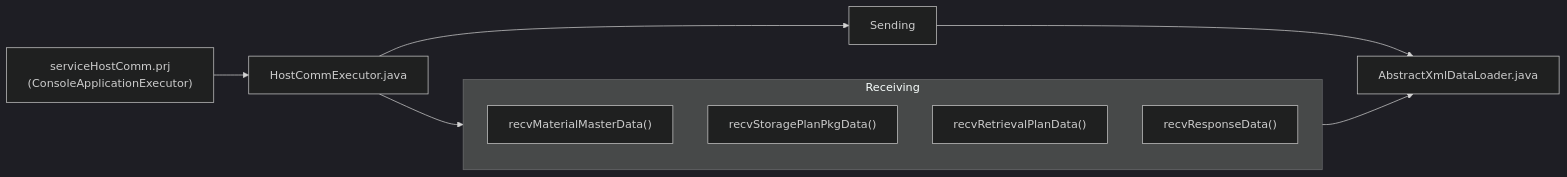
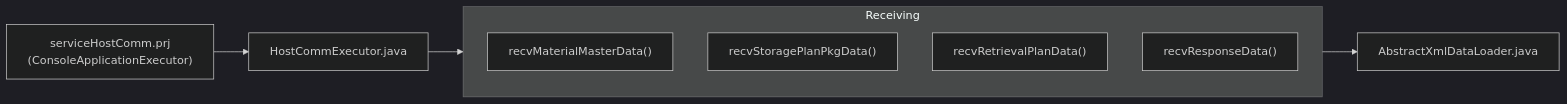
The first of 9 diagrams in Basic-Design/Host-Interfaces/Receive-Method.md (luthfiadityaa/SimeDarby-Wiki), drawn with Mermaid (dark theme) before and after one commit.

Commit message:
Updated Receive Method

```diff
--- a/Basic-Design/Host-Interfaces/Receive-Method.md
+++ b/Basic-Design/Host-Interfaces/Receive-Method.md
@@ -23,16 +23,15 @@
 ::: mermaid
 flowchart LR
  C1["serviceHostComm.prj<br>(ConsoleApplicationExecutor)"]  
  C2["HostCommExecutor.java"]
  C13["AbstractXmlDataLoader.java"]
  C1 --> C2
  C2 --> Receiving --> C13
- C2 --> Sending --> C13
 
 subgraph Receiving
  C3["recvMaterialMasterData()"]
  C4["recvStoragePlanPkgData()"]
  C5["recvRetrievalPlanData()"]
  C6["recvResponseData()"]
 end
 :::
```
